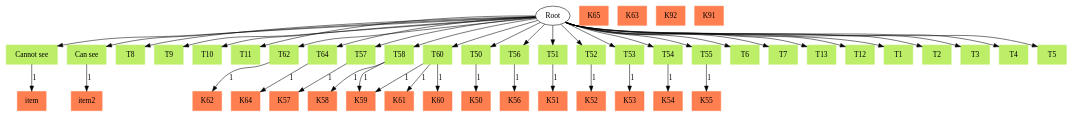
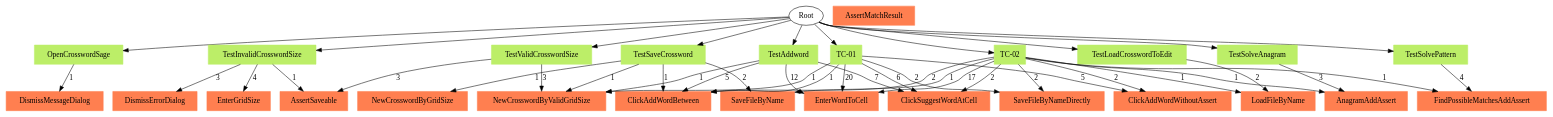
One commit to mypstom/robotide changed the diagram in KTVgraph/TC2UK.gv. Above: the diagram before and after it, drawn with Graphviz. The commit also changed 22 other files, not shown here.

```diff
--- a/KTVgraph/TC2UK.gv
+++ b/KTVgraph/TC2UK.gv
@@ -1,95 +1,72 @@
 // TC <-> UK
 digraph {
 	Root
-	K59 [color=coral shape=box style=filled]
-	K57 [color=coral shape=box style=filled]
-	K58 [color=coral shape=box style=filled]
-	item2 [color=coral shape=box style=filled]
-	K56 [color=coral shape=box style=filled]
-	K55 [color=coral shape=box style=filled]
-	K54 [color=coral shape=box style=filled]
-	K53 [color=coral shape=box style=filled]
-	K52 [color=coral shape=box style=filled]
-	K51 [color=coral shape=box style=filled]
-	K50 [color=coral shape=box style=filled]
-	item [color=coral shape=box style=filled]
-	K64 [color=coral shape=box style=filled]
-	K65 [color=coral shape=box style=filled]
-	K62 [color=coral shape=box style=filled]
-	K63 [color=coral shape=box style=filled]
-	K60 [color=coral shape=box style=filled]
-	K61 [color=coral shape=box style=filled]
-	K92 [color=coral shape=box style=filled]
-	K91 [color=coral shape=box style=filled]
-	"Cannot see" [color=darkolivegreen2 shape=box style=filled]
-		Root -> "Cannot see"
-	"Can see" [color=darkolivegreen2 shape=box style=filled]
-		Root -> "Can see"
-	T8 [color=darkolivegreen2 shape=box style=filled]
-		Root -> T8
-	T9 [color=darkolivegreen2 shape=box style=filled]
-		Root -> T9
-	T10 [color=darkolivegreen2 shape=box style=filled]
-		Root -> T10
-	T11 [color=darkolivegreen2 shape=box style=filled]
-		Root -> T11
-	T62 [color=darkolivegreen2 shape=box style=filled]
-		Root -> T62
-	T64 [color=darkolivegreen2 shape=box style=filled]
-		Root -> T64
-	T57 [color=darkolivegreen2 shape=box style=filled]
-		Root -> T57
-	T58 [color=darkolivegreen2 shape=box style=filled]
-		Root -> T58
-	T60 [color=darkolivegreen2 shape=box style=filled]
-		Root -> T60
-	T50 [color=darkolivegreen2 shape=box style=filled]
-		Root -> T50
-	T56 [color=darkolivegreen2 shape=box style=filled]
-		Root -> T56
-	T51 [color=darkolivegreen2 shape=box style=filled]
-		Root -> T51
-	T52 [color=darkolivegreen2 shape=box style=filled]
-		Root -> T52
-	T53 [color=darkolivegreen2 shape=box style=filled]
-		Root -> T53
-	T54 [color=darkolivegreen2 shape=box style=filled]
-		Root -> T54
-	T55 [color=darkolivegreen2 shape=box style=filled]
-		Root -> T55
-	T6 [color=darkolivegreen2 shape=box style=filled]
-		Root -> T6
-	T7 [color=darkolivegreen2 shape=box style=filled]
-		Root -> T7
-	T13 [color=darkolivegreen2 shape=box style=filled]
-		Root -> T13
-	T12 [color=darkolivegreen2 shape=box style=filled]
-		Root -> T12
-	T1 [color=darkolivegreen2 shape=box style=filled]
-		Root -> T1
-	T2 [color=darkolivegreen2 shape=box style=filled]
-		Root -> T2
-	T3 [color=darkolivegreen2 shape=box style=filled]
-		Root -> T3
-	T4 [color=darkolivegreen2 shape=box style=filled]
-		Root -> T4
-	T5 [color=darkolivegreen2 shape=box style=filled]
-		Root -> T5
-		T60 -> K60 [label=1 len=10.0]
-		T60 -> K61 [label=1 len=10.0]
-		T51 -> K51 [label=1 len=10.0]
-		T62 -> K62 [label=1 len=10.0]
-		T55 -> K55 [label=1 len=10.0]
-		T52 -> K52 [label=1 len=10.0]
-		T58 -> K58 [label=1 len=10.0]
-		T60 -> K59 [label=1 len=10.0]
-		T58 -> K59 [label=1 len=10.0]
-		T57 -> K57 [label=1 len=10.0]
-		T50 -> K50 [label=1 len=10.0]
-		T54 -> K54 [label=1 len=10.0]
-		T64 -> K64 [label=1 len=10.0]
-		T56 -> K56 [label=1 len=10.0]
-		T53 -> K53 [label=1 len=10.0]
-		"Cannot see" -> item [label=1 len=10.0]
-		"Can see" -> item2 [label=1 len=10.0]
+	ClickAddWordBetween [color=coral shape=box style=filled]
+	DismissErrorDialog [color=coral shape=box style=filled]
+	LoadFileByName [color=coral shape=box style=filled]
+	EnterGridSize [color=coral shape=box style=filled]
+	SaveFileByName [color=coral shape=box style=filled]
+	AnagramAddAssert [color=coral shape=box style=filled]
+	SaveFileByNameDirectly [color=coral shape=box style=filled]
+	DismissMessageDialog [color=coral shape=box style=filled]
+	ClickSuggestWordAtCell [color=coral shape=box style=filled]
+	ClickAddWordWithoutAssert [color=coral shape=box style=filled]
+	EnterWordToCell [color=coral shape=box style=filled]
+	AssertSaveable [color=coral shape=box style=filled]
+	AssertMatchResult [color=coral shape=box style=filled]
+	NewCrosswordByGridSize [color=coral shape=box style=filled]
+	NewCrosswordByValidGridSize [color=coral shape=box style=filled]
+	FindPossibleMatchesAddAssert [color=coral shape=box style=filled]
+	OpenCrosswordSage [color=darkolivegreen2 shape=box style=filled]
+		Root -> OpenCrosswordSage
+	TestValidCrosswordSize [color=darkolivegreen2 shape=box style=filled]
+		Root -> TestValidCrosswordSize
+	TestInvalidCrosswordSize [color=darkolivegreen2 shape=box style=filled]
+		Root -> TestInvalidCrosswordSize
+	TestAddword [color=darkolivegreen2 shape=box style=filled]
+		Root -> TestAddword
+	TestSaveCrossword [color=darkolivegreen2 shape=box style=filled]
+		Root -> TestSaveCrossword
+	TestLoadCrosswordToEdit [color=darkolivegreen2 shape=box style=filled]
+		Root -> TestLoadCrosswordToEdit
+	TestSolvePattern [color=darkolivegreen2 shape=box style=filled]
+		Root -> TestSolvePattern
+	TestSolveAnagram [color=darkolivegreen2 shape=box style=filled]
+		Root -> TestSolveAnagram
+	"TC-01" [color=darkolivegreen2 shape=box style=filled]
+		Root -> "TC-01"
+	"TC-02" [color=darkolivegreen2 shape=box style=filled]
+		Root -> "TC-02"
+		TestSaveCrossword -> ClickAddWordBetween [label=1 len=10.0]
+		TestInvalidCrosswordSize -> EnterGridSize [label=4 len=10.0]
+		TestSaveCrossword -> SaveFileByName [label=2 len=10.0]
+		TestValidCrosswordSize -> NewCrosswordByValidGridSize [label=3 len=10.0]
+		"TC-01" -> ClickSuggestWordAtCell [label=6 len=10.0]
+		TestSaveCrossword -> NewCrosswordByGridSize [label=1 len=10.0]
+		TestAddword -> ClickAddWordBetween [label=5 len=10.0]
+		"TC-01" -> SaveFileByNameDirectly [label=2 len=10.0]
+		"TC-02" -> ClickAddWordWithoutAssert [label=2 len=10.0]
+		TestInvalidCrosswordSize -> AssertSaveable [label=1 len=10.0]
+		"TC-01" -> EnterWordToCell [label=20 len=10.0]
+		TestSolveAnagram -> AnagramAddAssert [label=3 len=10.0]
+		"TC-01" -> ClickAddWordBetween [label=1 len=10.0]
+		"TC-01" -> NewCrosswordByValidGridSize [label=1 len=10.0]
+		"TC-02" -> ClickAddWordBetween [label=2 len=10.0]
+		TestAddword -> NewCrosswordByValidGridSize [label=1 len=10.0]
+		TestAddword -> EnterWordToCell [label=12 len=10.0]
+		TestSolvePattern -> FindPossibleMatchesAddAssert [label=4 len=10.0]
+		"TC-02" -> FindPossibleMatchesAddAssert [label=1 len=10.0]
+		"TC-02" -> ClickSuggestWordAtCell [label=2 len=10.0]
+		"TC-02" -> SaveFileByName [label=1 len=10.0]
+		"TC-02" -> SaveFileByNameDirectly [label=2 len=10.0]
+		TestLoadCrosswordToEdit -> LoadFileByName [label=2 len=10.0]
+		"TC-02" -> LoadFileByName [label=1 len=10.0]
+		TestValidCrosswordSize -> AssertSaveable [label=3 len=10.0]
+		TestInvalidCrosswordSize -> DismissErrorDialog [label=3 len=10.0]
+		OpenCrosswordSage -> DismissMessageDialog [label=1 len=10.0]
+		"TC-02" -> AnagramAddAssert [label=1 len=10.0]
+		"TC-02" -> EnterWordToCell [label=17 len=10.0]
+		"TC-01" -> ClickAddWordWithoutAssert [label=5 len=10.0]
+		TestAddword -> ClickSuggestWordAtCell [label=7 len=10.0]
+		TestSaveCrossword -> NewCrosswordByValidGridSize [label=1 len=10.0]
 }
```
